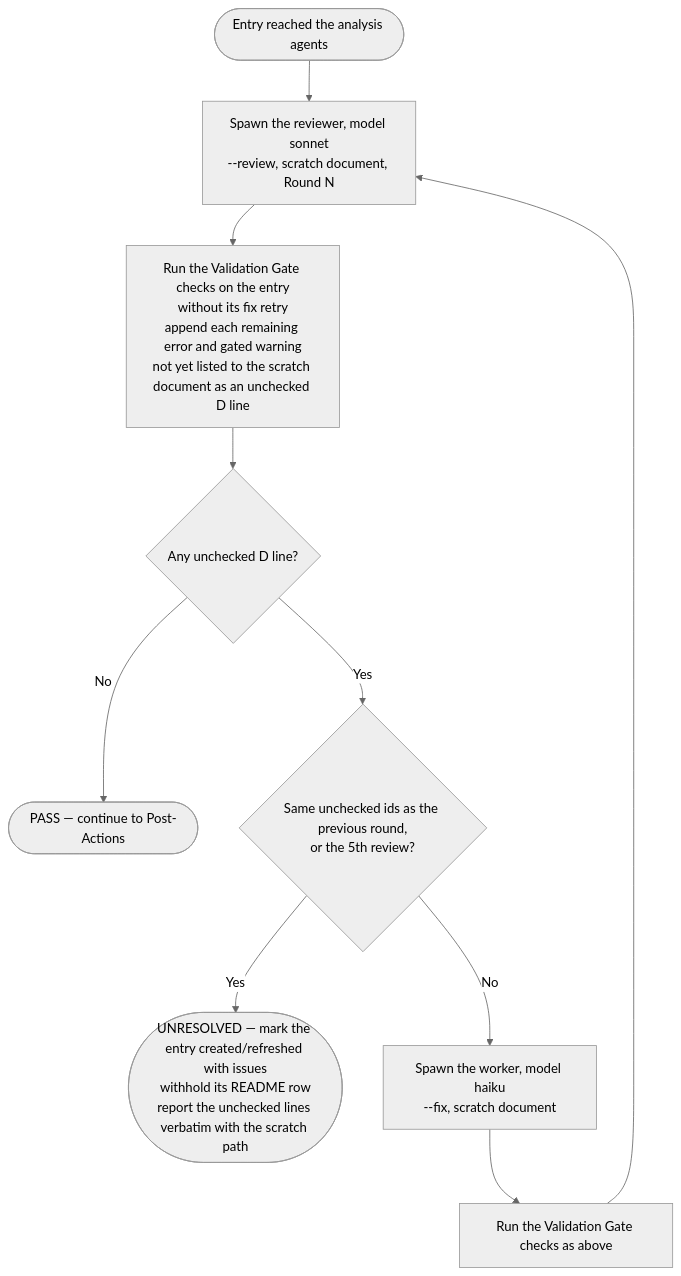
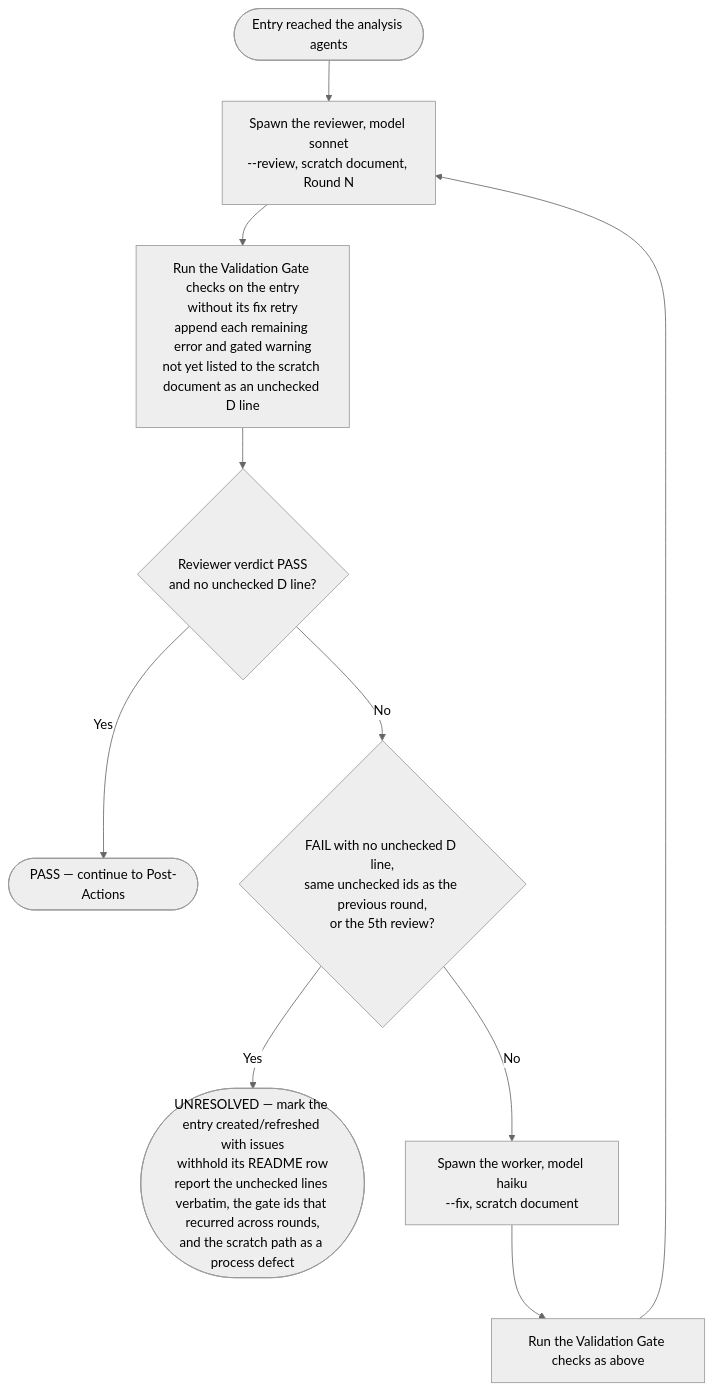
Before and after one commit to Jamie-BitFlight/claude_skills: the fourth of 4 diagrams in .claude/skills/research-curator/SKILL.md, drawn with Mermaid (neutral theme). The commit also changed other lines of this file and 1 other file, not shown here.

Commit message:
fix(research-curator): gate review PASS on the verdict and report loop stops as process defects
PASS now needs the reviewer's PASS verdict as well as no unchecked D lines, so a
NOT RUN gate cannot keep a README row. A stop at the round cap or on no progress
is reported as a process defect naming the gates that recurred.

Claude-Session: https://claude.ai/code/session_01NAkdVWAPgeKfhcefYYyk3T

````diff
--- a/.claude/skills/research-curator/SKILL.md
+++ b/.claude/skills/research-curator/SKILL.md
@@ -289,12 +291,12 @@
 ```mermaid
 flowchart TD
     Start(["Entry reached the analysis agents"]) --> Review["Spawn the reviewer, model sonnet<br>--review, scratch document, Round N"]
     Review --> Gate["Run the Validation Gate checks on the entry<br>without its fix retry<br>append each remaining error and gated warning<br>not yet listed to the scratch document as an unchecked D line"]
-    Gate --> Q{"Any unchecked D line?"}
-    Q -->|"No"| Pass(["PASS — continue to Post-Actions"])
-    Q -->|"Yes"| Stop{"Same unchecked ids as the previous round,<br>or the 5th review?"}
-    Stop -->|"Yes"| Unresolved(["UNRESOLVED — mark the entry created/refreshed with issues<br>withhold its README row<br>report the unchecked lines verbatim with the scratch path"])
+    Gate --> Q{"Reviewer verdict PASS<br>and no unchecked D line?"}
+    Q -->|"Yes"| Pass(["PASS — continue to Post-Actions"])
+    Q -->|"No"| Stop{"FAIL with no unchecked D line,<br>same unchecked ids as the previous round,<br>or the 5th review?"}
+    Stop -->|"Yes"| Unresolved(["UNRESOLVED — mark the entry created/refreshed with issues<br>withhold its README row<br>report the unchecked lines verbatim, the gate ids that recurred across rounds,<br>and the scratch path as a process defect"])
     Stop -->|"No"| Fix["Spawn the worker, model haiku<br>--fix, scratch document"]
     Fix --> Gate2["Run the Validation Gate checks as above"]
     Gate2 --> Review
 ```
````
